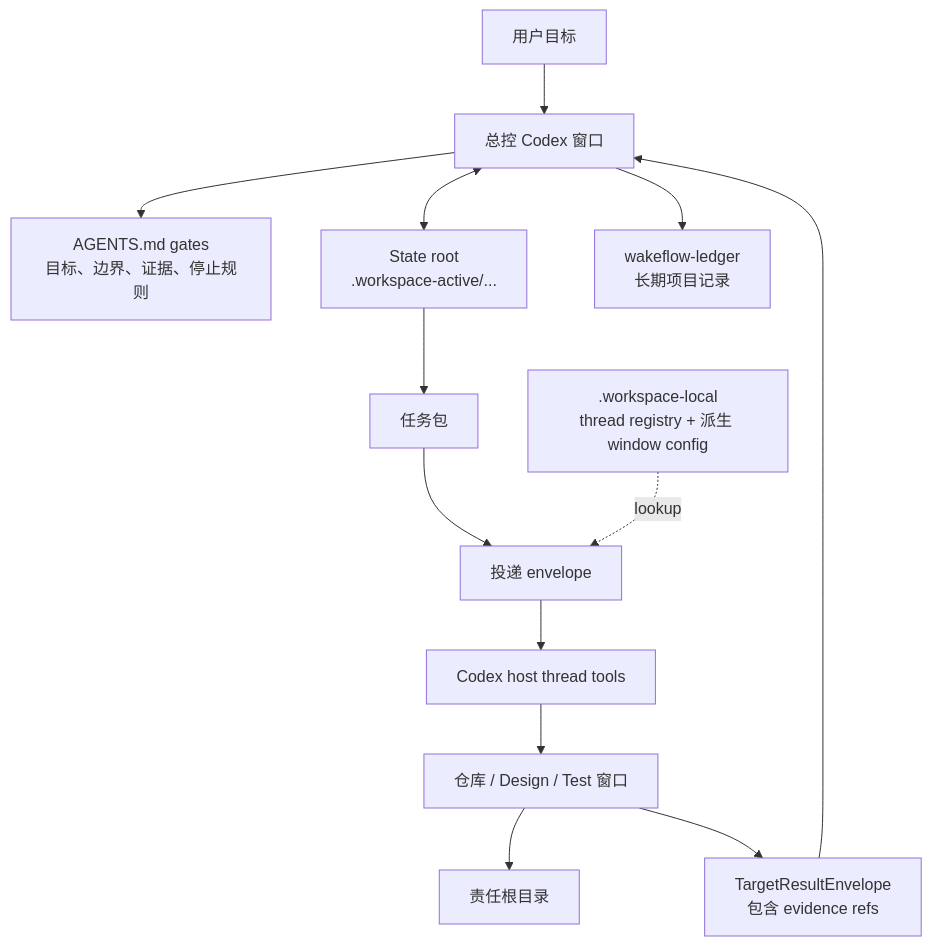
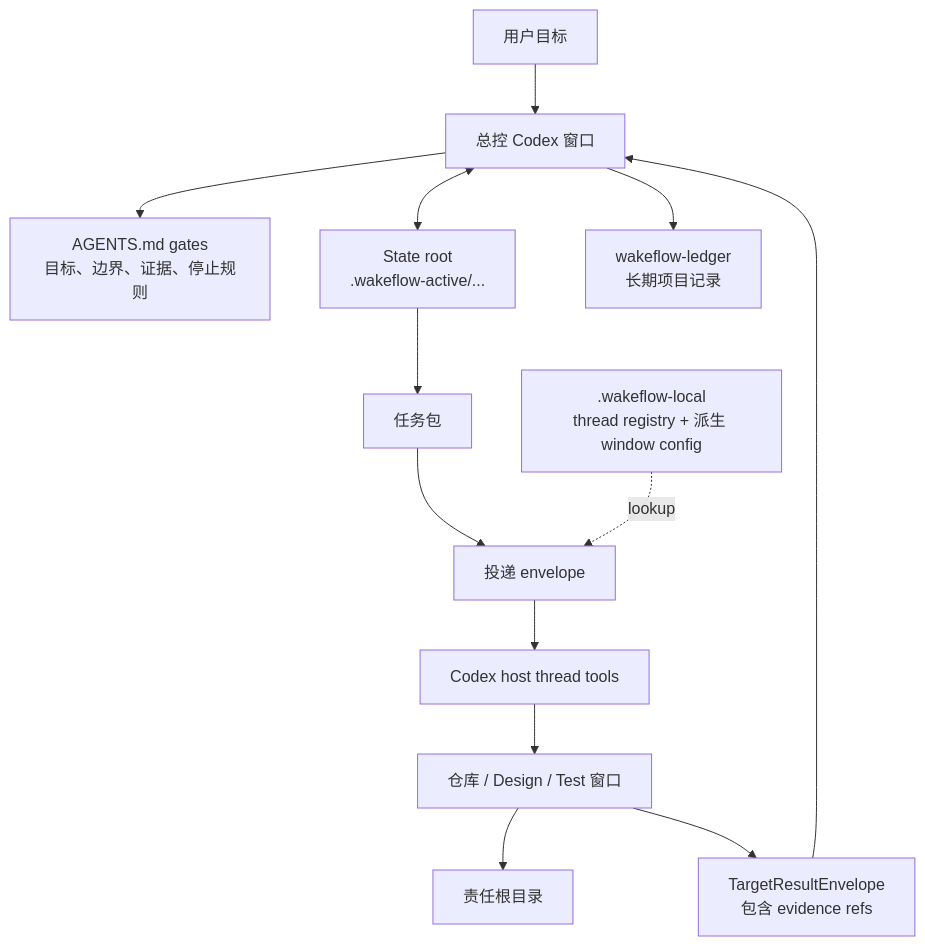
One commit to GxFn/Wakeflow changed the diagram in plugins/codex-wakeflow/README.zh-CN.md. Above: the diagram before and after it, drawn with Mermaid. The commit also changed other lines of this file and 88 other files, not shown here.

First line of the commit message:
refactor: rename storage roots .workspace-* -> .wakeflow-* and drop the nested workspace/ layer

````diff
--- a/plugins/codex-wakeflow/README.zh-CN.md
+++ b/plugins/codex-wakeflow/README.zh-CN.md
@@ -52,15 +52,15 @@
 ```mermaid
 flowchart TD
   User["用户目标"] --> Controller["总控 Codex 窗口"]
   Controller --> Gates["AGENTS.md gates<br/>目标、边界、证据、停止规则"]
-  Controller <--> StateRoot["State root<br/>.workspace-active/..."]
+  Controller <--> StateRoot["State root<br/>.wakeflow-active/..."]
   StateRoot --> Tasks["任务包"]
   Tasks --> Delivery["投递 envelope"]
-  LocalRuntime[".workspace-local<br/>thread registry + 派生 window config"] -. "lookup" .-> Delivery
+  LocalRuntime[".wakeflow-local<br/>thread registry + 派生 window config"] -. "lookup" .-> Delivery
   Delivery --> Host["Codex host thread tools"]
   Host --> Targets["仓库 / Design / Test 窗口"]
   Targets --> Repos["责任根目录"]
   Targets --> Results["TargetResultEnvelope<br/>包含 evidence refs"]
   Results --> Controller
   Controller --> Ledger["wakeflow-ledger<br/>长期项目记录"]
 ```
````
